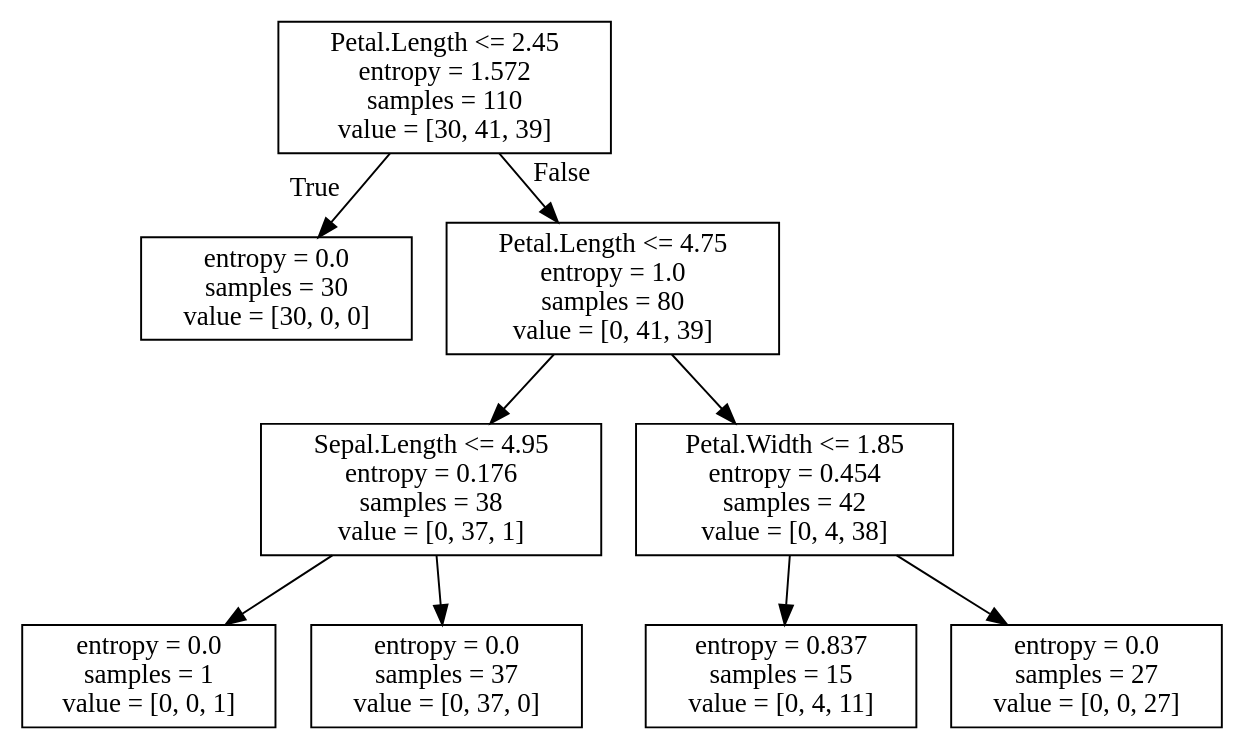
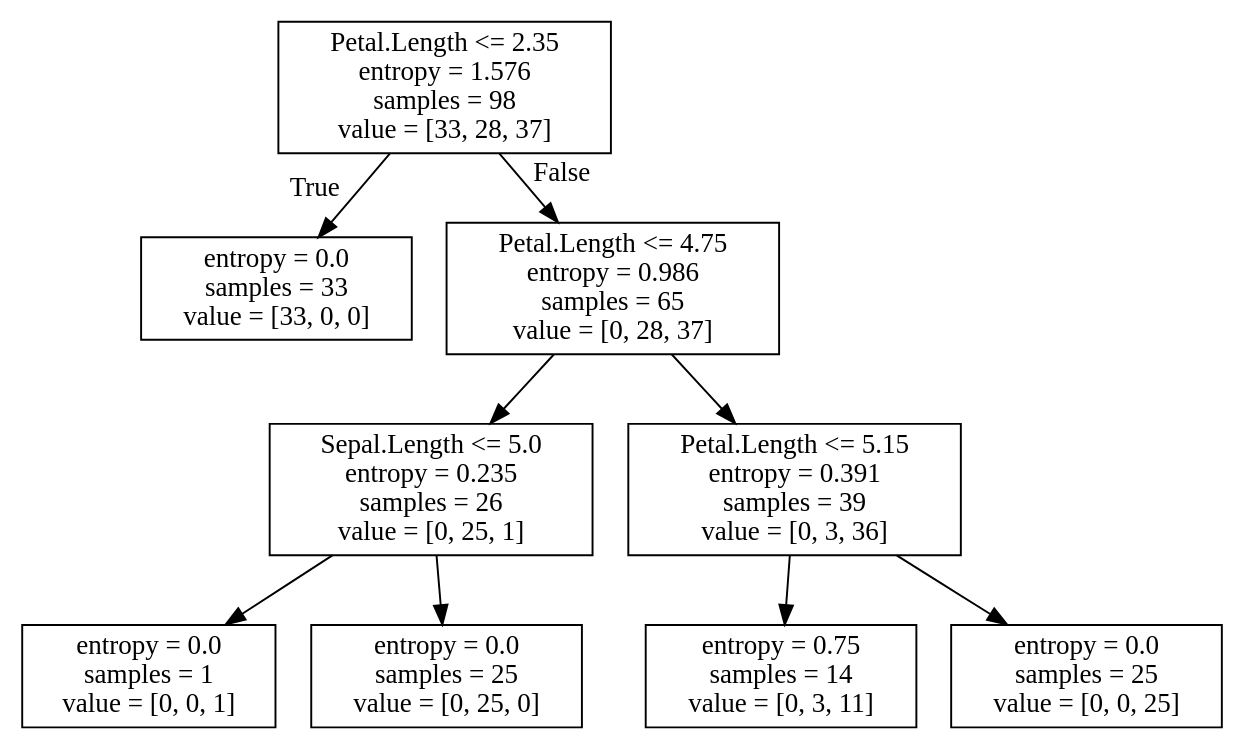
Before and after one commit to pierjv/course-python: the diagram in notebooks/resources/iris_dtree.dot, drawn with Graphviz. The commit also changed 2 other files, not shown here.

```diff
--- a/notebooks/resources/iris_dtree.dot
+++ b/notebooks/resources/iris_dtree.dot
@@ -1,20 +1,20 @@
 digraph Tree {
 node [shape=box] ;
-0 [label="Petal.Length <= 2.45\nentropy = 1.572\nsamples = 110\nvalue = [30, 41, 39]"] ;
-1 [label="entropy = 0.0\nsamples = 30\nvalue = [30, 0, 0]"] ;
+0 [label="Petal.Length <= 2.35\nentropy = 1.576\nsamples = 98\nvalue = [33, 28, 37]"] ;
+1 [label="entropy = 0.0\nsamples = 33\nvalue = [33, 0, 0]"] ;
 0 -> 1 [labeldistance=2.5, labelangle=45, headlabel="True"] ;
-2 [label="Petal.Length <= 4.75\nentropy = 1.0\nsamples = 80\nvalue = [0, 41, 39]"] ;
+2 [label="Petal.Length <= 4.75\nentropy = 0.986\nsamples = 65\nvalue = [0, 28, 37]"] ;
 0 -> 2 [labeldistance=2.5, labelangle=-45, headlabel="False"] ;
-3 [label="Sepal.Length <= 4.95\nentropy = 0.176\nsamples = 38\nvalue = [0, 37, 1]"] ;
+3 [label="Sepal.Length <= 5.0\nentropy = 0.235\nsamples = 26\nvalue = [0, 25, 1]"] ;
 2 -> 3 ;
 4 [label="entropy = 0.0\nsamples = 1\nvalue = [0, 0, 1]"] ;
 3 -> 4 ;
-5 [label="entropy = 0.0\nsamples = 37\nvalue = [0, 37, 0]"] ;
+5 [label="entropy = 0.0\nsamples = 25\nvalue = [0, 25, 0]"] ;
 3 -> 5 ;
-6 [label="Petal.Width <= 1.85\nentropy = 0.454\nsamples = 42\nvalue = [0, 4, 38]"] ;
+6 [label="Petal.Length <= 5.15\nentropy = 0.391\nsamples = 39\nvalue = [0, 3, 36]"] ;
 2 -> 6 ;
-7 [label="entropy = 0.837\nsamples = 15\nvalue = [0, 4, 11]"] ;
+7 [label="entropy = 0.75\nsamples = 14\nvalue = [0, 3, 11]"] ;
 6 -> 7 ;
-8 [label="entropy = 0.0\nsamples = 27\nvalue = [0, 0, 27]"] ;
+8 [label="entropy = 0.0\nsamples = 25\nvalue = [0, 0, 25]"] ;
 6 -> 8 ;
 }
```
